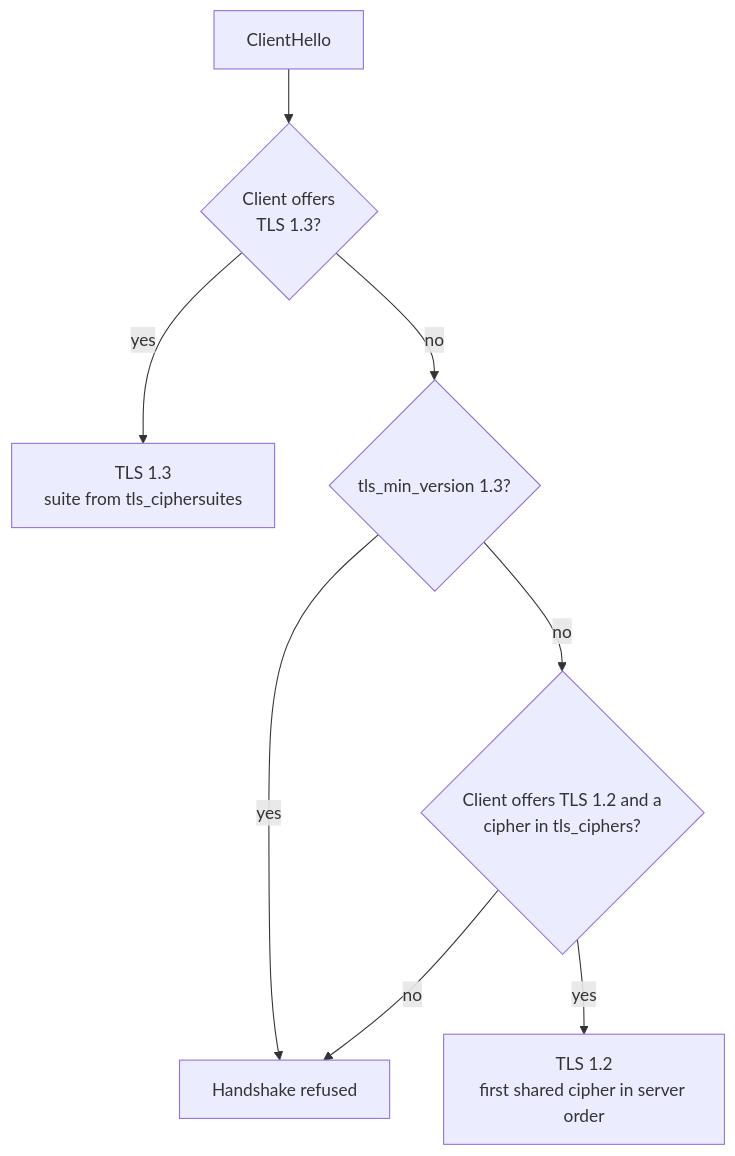
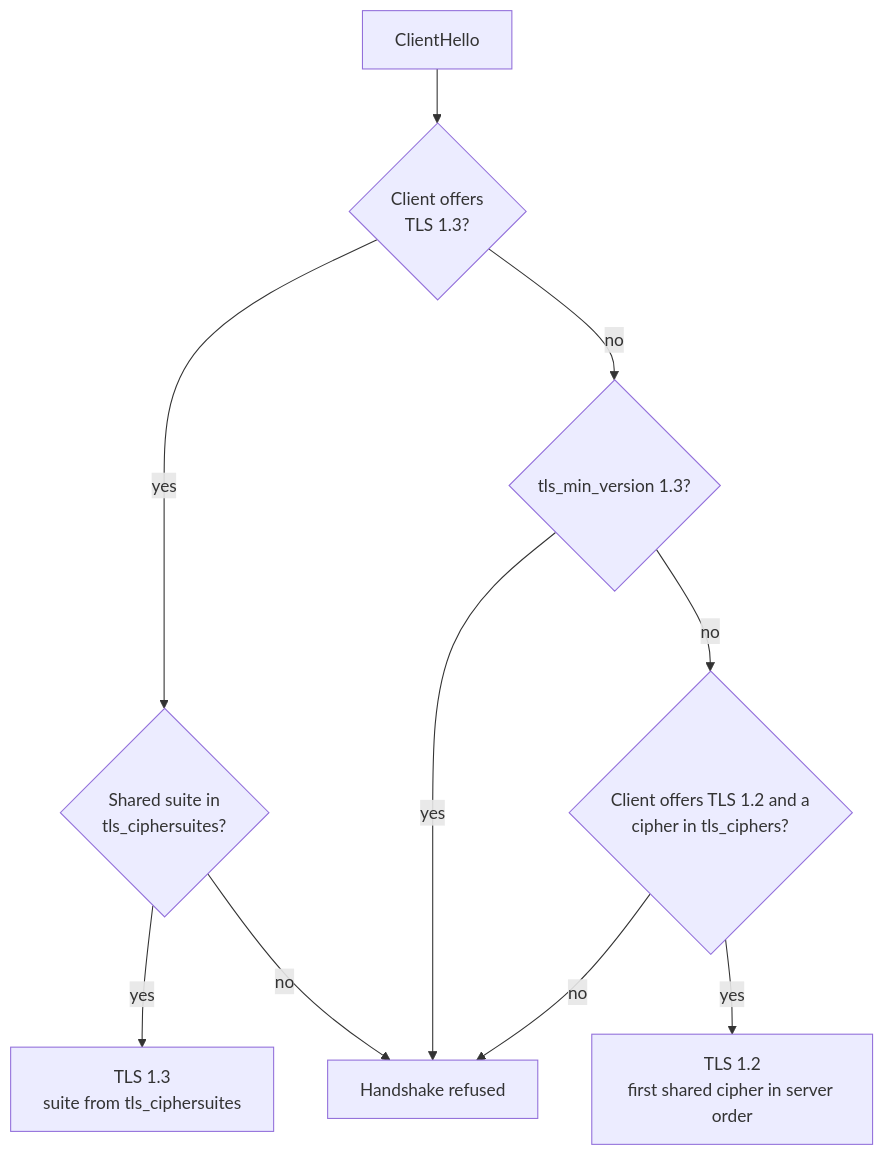
Before and after one commit to DanielTillett/klin: the diagram in doc/TLS.md, drawn with Mermaid. The commit also changed other lines of this file and 25 other files, not shown here.

````diff
--- a/doc/TLS.md
+++ b/doc/TLS.md
@@ -71,10 +70,12 @@
 ```mermaid
 flowchart TD
     A["ClientHello"] --> B{"Client offers<br/>TLS 1.3?"}
-    B -- yes --> C["TLS 1.3<br/>suite from tls_ciphersuites"]
+    B -- yes --> G{"Shared suite in<br/>tls_ciphersuites?"}
+    G -- yes --> C["TLS 1.3<br/>suite from tls_ciphersuites"]
+    G -- no --> X
     B -- no --> D{"tls_min_version 1.3?"}
     D -- yes --> X["Handshake refused"]
     D -- no --> E{"Client offers TLS 1.2 and a<br/>cipher in tls_ciphers?"}
     E -- yes --> F["TLS 1.2<br/>first shared cipher in server order"]
     E -- no --> X
 ```
````
